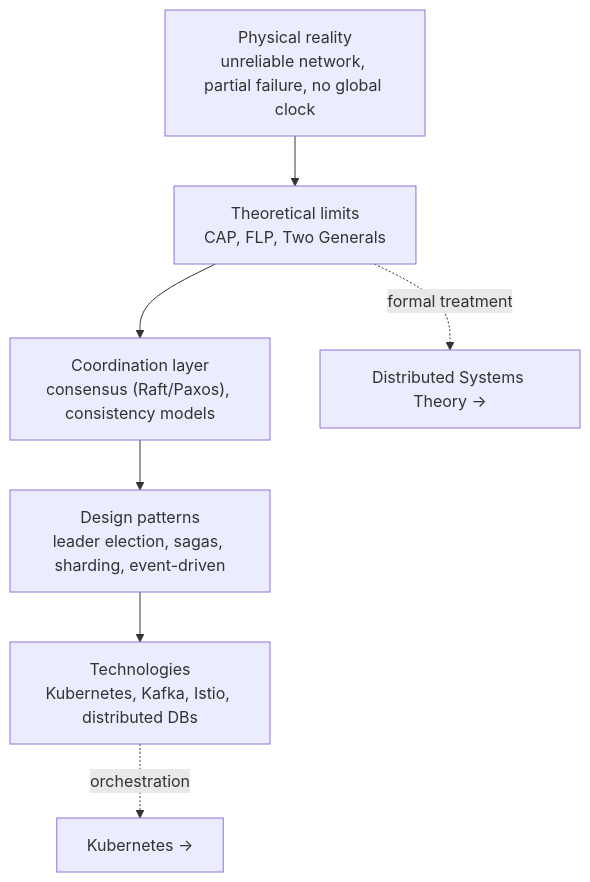
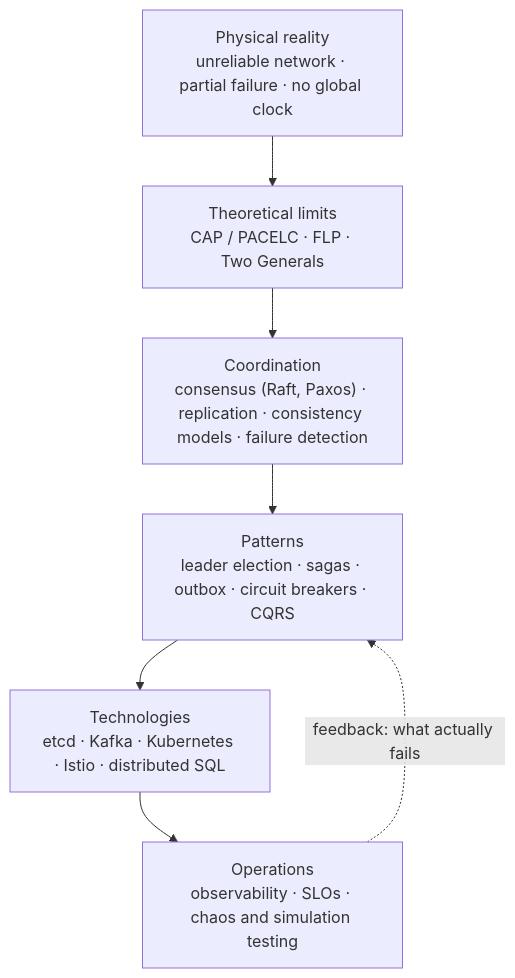
Before and after one commit to AndrewAltimit/Documentation: the first of 3 diagrams in github-pages/docs/distributed-systems/index.md, drawn with Mermaid. The commit also changed other lines of this file and 240 other files, not shown here.

````diff
--- a/github-pages/docs/distributed-systems/index.md
+++ b/github-pages/docs/distributed-systems/index.md
@@ -29,9 +44,9 @@
 ```mermaid
 flowchart TD
-    Reality["Physical reality<br/>unreliable network, partial failure, no global clock"] --> Limits["Theoretical limits<br/>CAP, FLP, Two Generals"]
-    Limits --> Coord["Coordination layer<br/>consensus (Raft/Paxos), consistency models"]
-    Coord --> Patterns["Design patterns<br/>leader election, sagas, sharding, event-driven"]
-    Patterns --> Tech["Technologies<br/>Kubernetes, Kafka, Istio, distributed DBs"]
-    Limits -.->|formal treatment| Theory["Distributed Systems Theory →"]
-    Tech -.->|orchestration| K8s["Kubernetes →"]
+    Reality["Physical reality<br/>unreliable network · partial failure · no global clock"] --> Limits["Theoretical limits<br/>CAP / PACELC · FLP · Two Generals"]
+    Limits --> Coord["Coordination<br/>consensus (Raft, Paxos) · replication · consistency models · failure detection"]
+    Coord --> Patterns["Patterns<br/>leader election · sagas · outbox · circuit breakers · CQRS"]
+    Patterns --> Tech["Technologies<br/>etcd · Kafka · Kubernetes · Istio · distributed SQL"]
+    Tech --> Ops["Operations<br/>observability · SLOs · chaos and simulation testing"]
+    Ops -. "feedback: what actually fails" .-> Patterns
 ```
````
